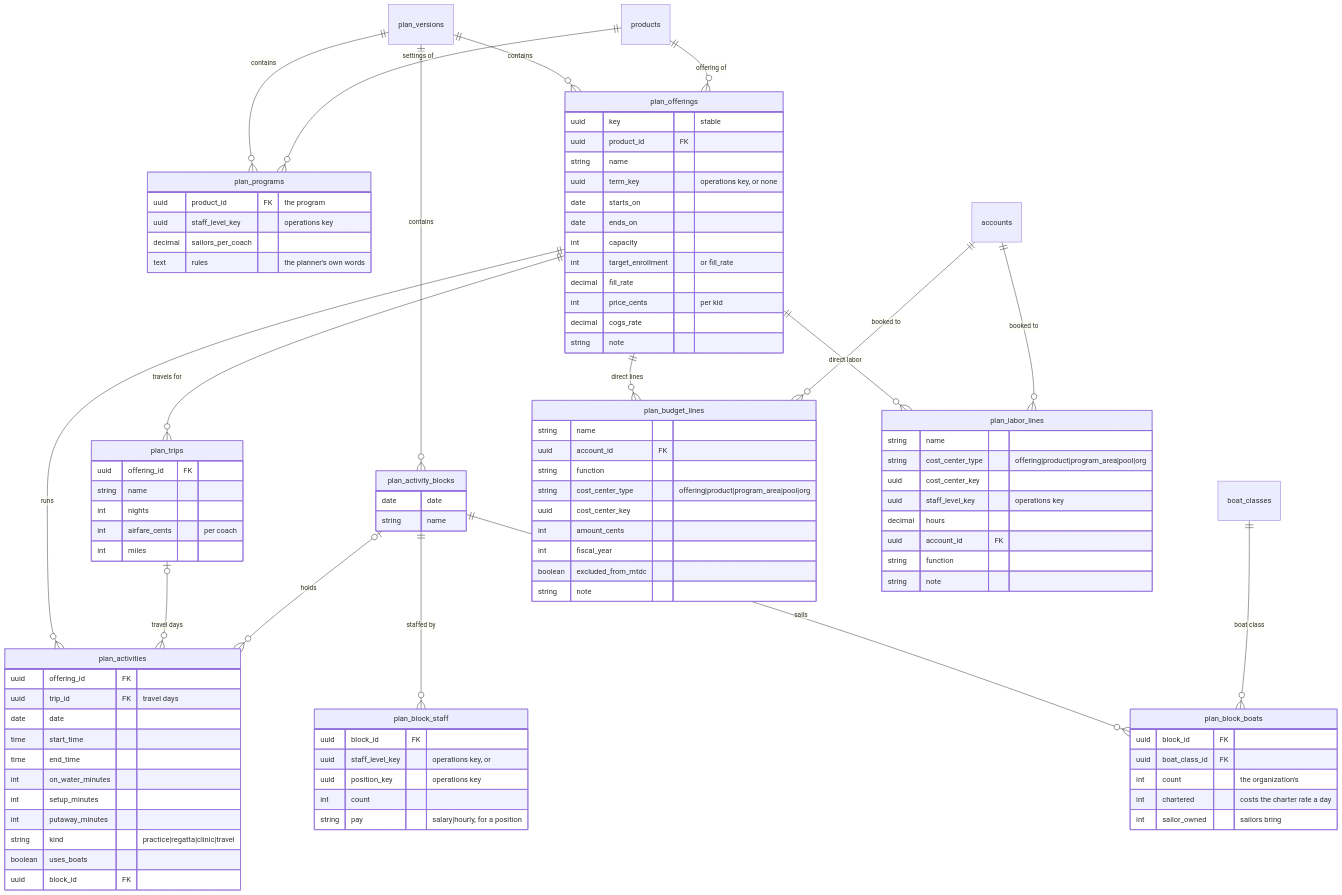
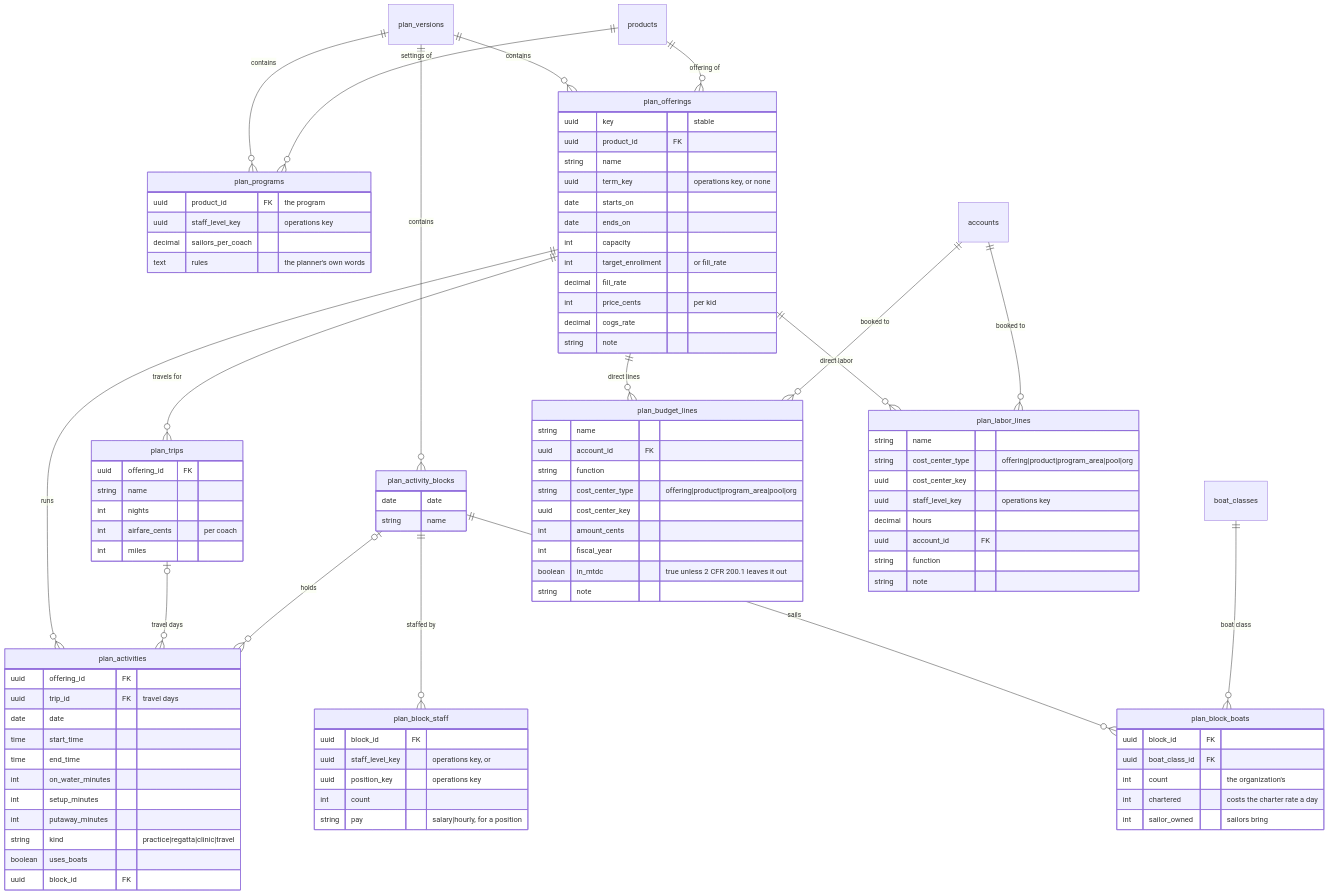
One commit to cyc-seattle/platform changed the fourth of 7 diagrams in docs/planning-schema.md. Above: the diagram before and after it, drawn with Mermaid. The commit also changed other lines of this file and 18 other files, not shown here.

First line of the commit message:
feat(planning): an MTDC checkbox, in_mtdc, in place of excluded_from_mtdc (#262)

````diff
--- a/docs/planning-schema.md
+++ b/docs/planning-schema.md
@@ -368,7 +368,7 @@
         uuid cost_center_key
         int amount_cents
         int fiscal_year
-        boolean excluded_from_mtdc
+        boolean in_mtdc "true unless 2 CFR 200.1 leaves it out"
         string note
     }
 ```
````
